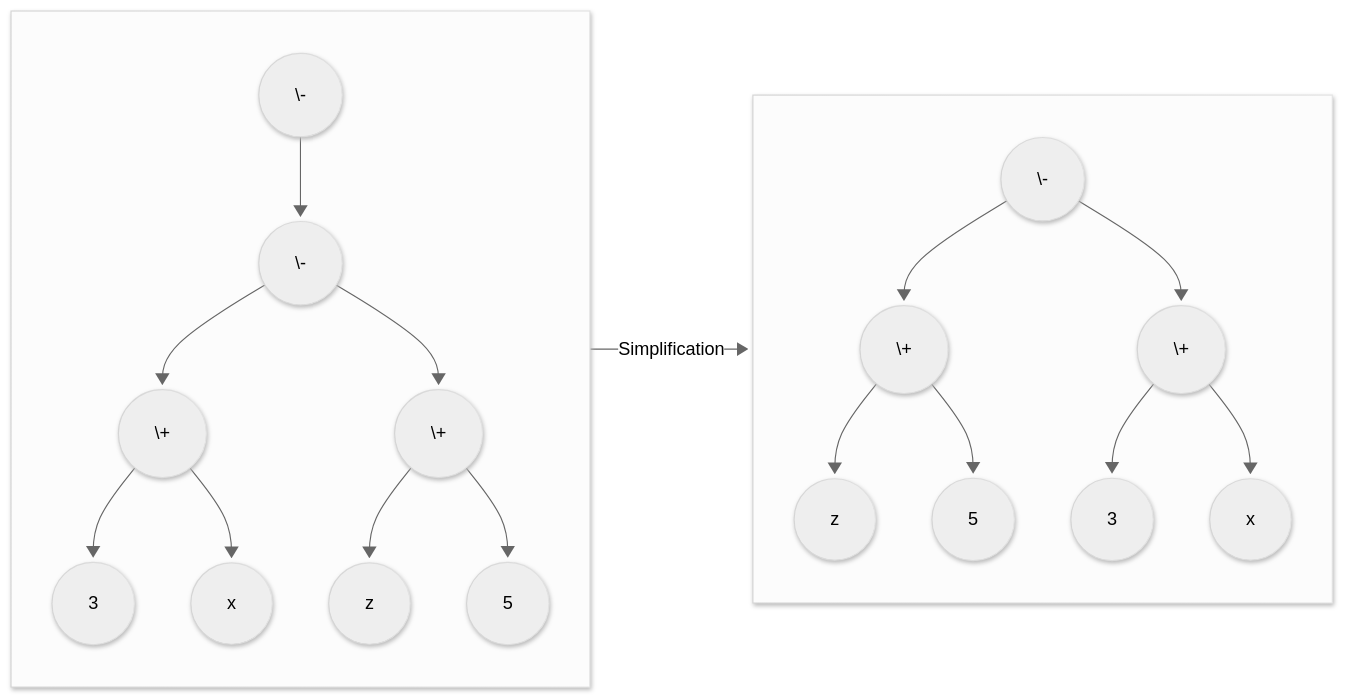
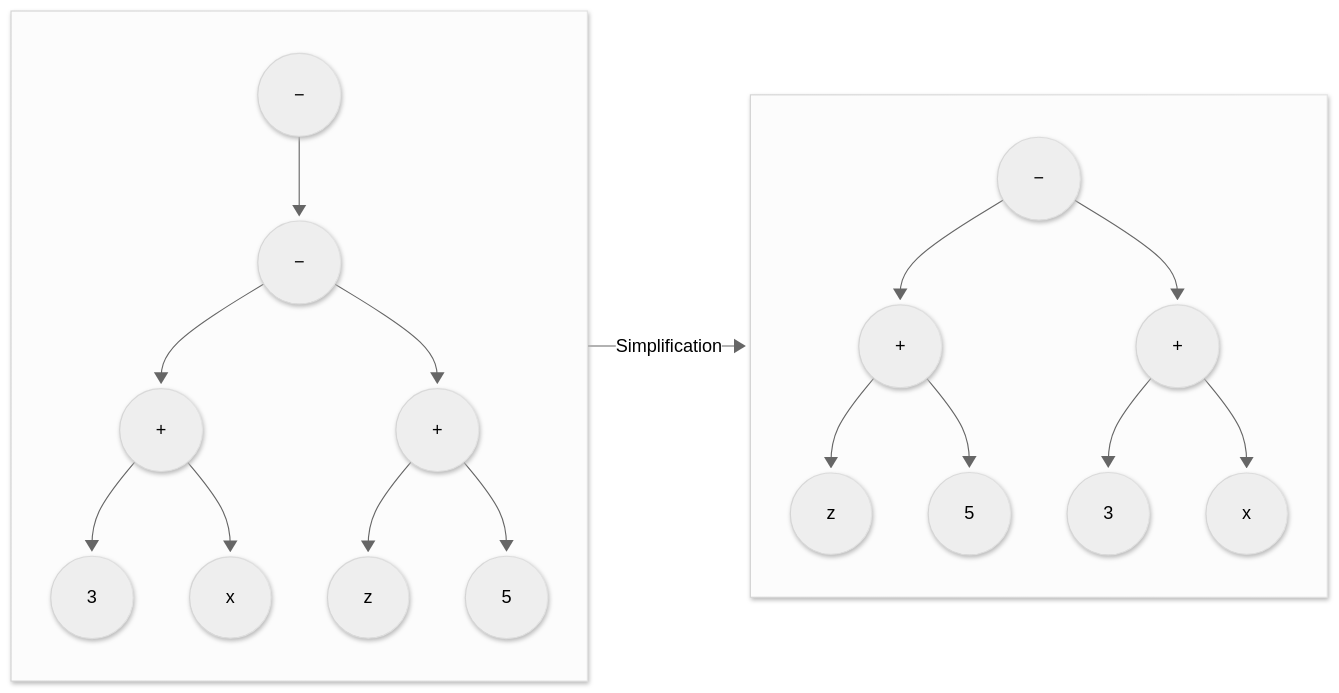
The third of 5 diagrams in doc/asysc.adoc (analog-system-compiler/asysc), drawn with Mermaid before and after one commit. The commit also changed other lines of this file, not shown here.

Commit message:
Fix operator display in docs

```diff
--- a/doc/asysc.adoc
+++ b/doc/asysc.adoc
@@ -81,30 +81,30 @@
 [mermaid, format=png, align="center"]
 ....
 ---
 config:
   theme: neutral
   look: neo
 ---
 flowchart LR
     subgraph a [ ]
         direction TB
-        A((\-)) --> B((\-))
-        B --> C((\+))
-        B --> D((\+))
+        A((−)) --> B((−))
+        B --> C((+))
+        B --> D((+))
         C --> H((3))
         C --> I((x))
         D --> J((z))
         D --> K((5))
     end
     subgraph b [ ]
         direction TB
-        E((\-))
-        E --> F((\+))
-        E --> G((\+))
+        E((−))
+        E --> F((+))
+        E --> G((+))
         F --> L((z))
         F --> M((5))
         G --> N((3))
         G --> O((x))
     end
     a --"Simplification"--> b
 ....
```
